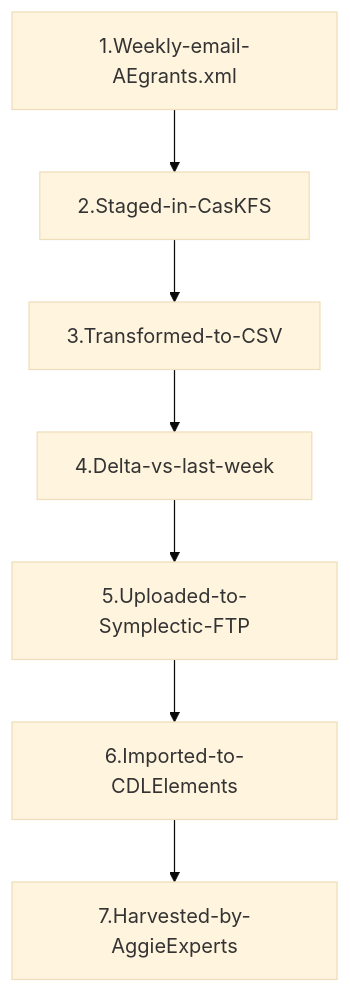
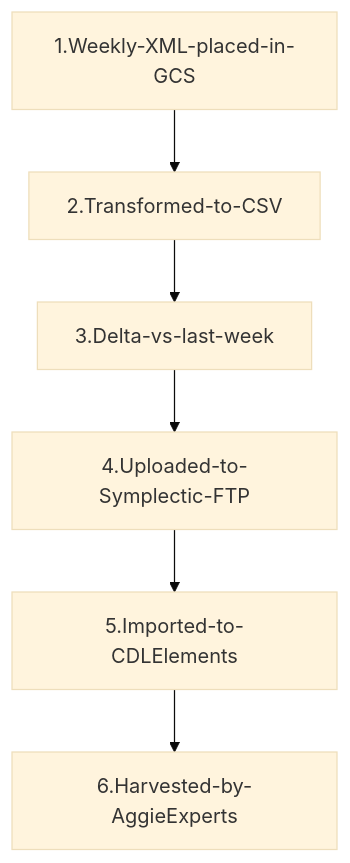
Before and after one commit to ucd-library/aggie-experts: the diagram in doc/grant-feed.md, drawn with Mermaid (base theme). The commit also changed other lines of this file and 5 other files, not shown here.

````diff
--- a/doc/grant-feed.md
+++ b/doc/grant-feed.md
@@ -18,9 +24,8 @@
 ```mermaid
 graph TD;
-    1.Weekly-email-AEgrants.xml-->2.Staged-in-CasKFS;
-    2.Staged-in-CasKFS-->3.Transformed-to-CSV;
-    3.Transformed-to-CSV-->4.Delta-vs-last-week;
-    4.Delta-vs-last-week-->5.Uploaded-to-Symplectic-FTP;
-    5.Uploaded-to-Symplectic-FTP-->6.Imported-to-CDLElements;
-    6.Imported-to-CDLElements-->7.Harvested-by-AggieExperts
+    1.Weekly-XML-placed-in-GCS-->2.Transformed-to-CSV;
+    2.Transformed-to-CSV-->3.Delta-vs-last-week;
+    3.Delta-vs-last-week-->4.Uploaded-to-Symplectic-FTP;
+    4.Uploaded-to-Symplectic-FTP-->5.Imported-to-CDLElements;
+    5.Imported-to-CDLElements-->6.Harvested-by-AggieExperts
 ```
````
